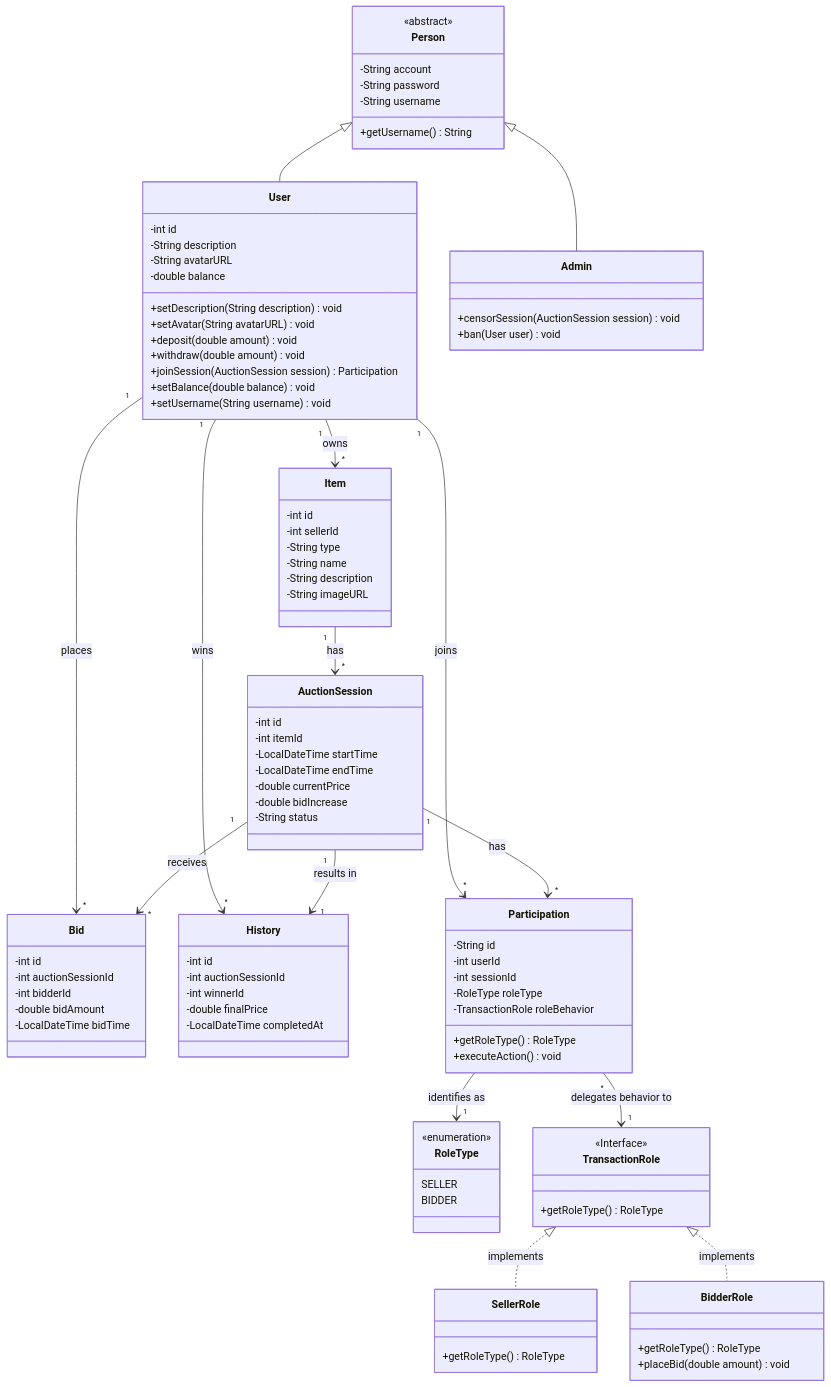
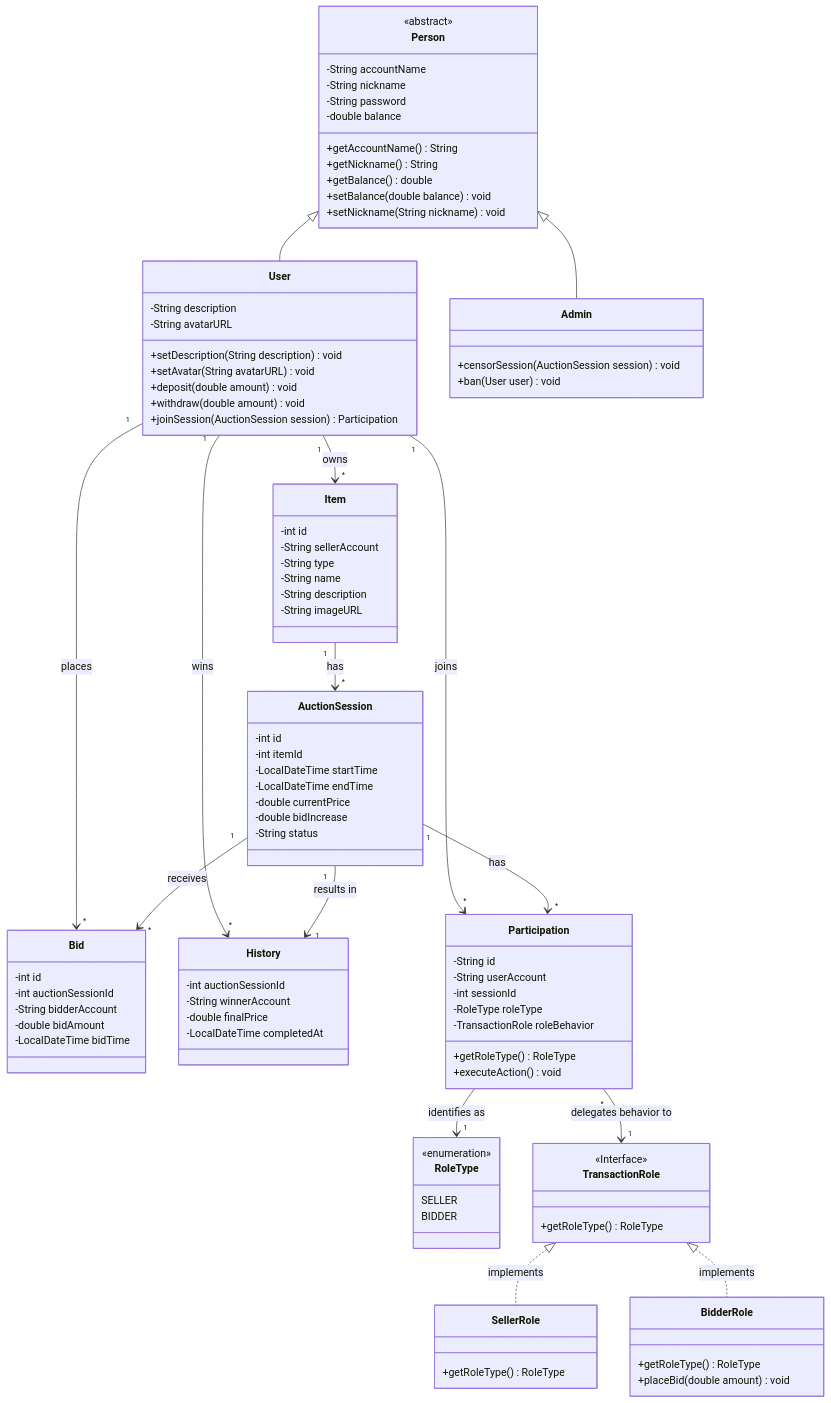
The diagram in README.md (phudeptraibodoithe/Bai-tap-lon-nhom-6), drawn with Mermaid before and after one commit. The commit also changed other lines of this file, not shown here.

Commit message:
Hoàn tất UML

````diff
--- a/README.md
+++ b/README.md
@@ -9,24 +9,25 @@
     %% --- PHẦN CLASS KẾ THỪA CƠ BẢN ---
     class Person {
         <<abstract>>
-        -String account
+        -String accountName
+        -String nickname
         -String password
-        -String username
-        +getUsername() String
+        -double balance
+        +getAccountName() String
+        +getNickname() String
+        +getBalance() double
+        +setBalance(double balance) void
+        +setNickname(String nickname) void
     }
 
     class User {
-        -int id
         -String description
         -String avatarURL
-        -double balance
         +setDescription(String description) void
         +setAvatar(String avatarURL) void
         +deposit(double amount) void
         +withdraw(double amount) void
         +joinSession(AuctionSession session) Participation
-        +setBalance(double balance) void
-        +setUsername(String username) void
     }
 
     class Admin {
@@ -40,7 +41,7 @@
     %% --- PHẦN ENTITY CỐT LÕI ---
     class Item {
         -int id
-        -int sellerId
+        -String sellerAccount
         -String type
         -String name
         -String description
@@ -60,15 +61,14 @@
     class Bid {
         -int id
         -int auctionSessionId
-        -int bidderId
+        -String bidderAccount
         -double bidAmount
         -LocalDateTime bidTime
     }
 
     class History {
-        -int id
         -int auctionSessionId
-        -int winnerId
+        -String winnerAccount
         -double finalPrice
         -LocalDateTime completedAt
     }
@@ -83,7 +83,7 @@
     %% --- PHẦN XỬ LÝ LUỒNG ROLE ĐỘNG ---
     class Participation {
         -String id
-        -int userId
+        -String userAccount
         -int sessionId
         -RoleType roleType
         -TransactionRole roleBehavior
@@ -116,7 +116,7 @@
     
     Participation --> "1" RoleType : identifies as
     Participation "*" --> "1" TransactionRole : delegates behavior to
-    
+
     TransactionRole <|.. SellerRole : implements
     TransactionRole <|.. BidderRole : implements
 ```
````
